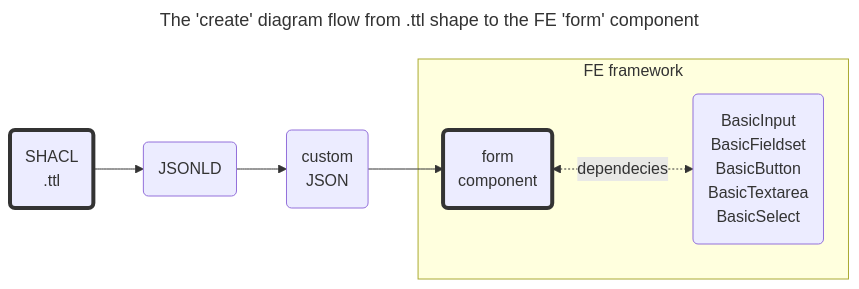
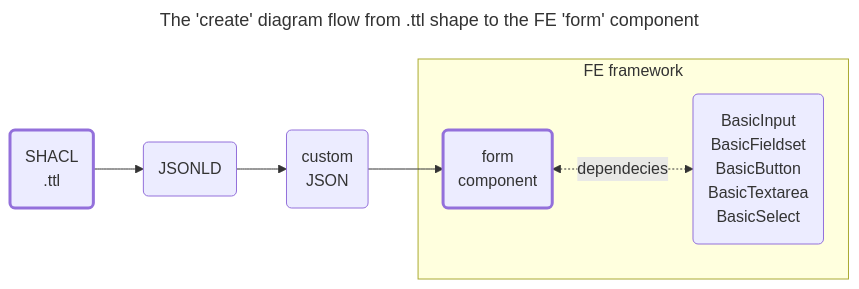
The diagram in README.md (SolidLabResearch/solid-sfef-cli), drawn with Mermaid before and after one commit.

Commit message:
readme.md > cosmetics on diagram

````diff
--- a/README.md
+++ b/README.md
@@ -36,18 +36,18 @@
 ```mermaid
 ---
 title: The 'create' diagram flow from .ttl shape to the FE 'form' component
 ---
 flowchart LR
     A(SHACL\n.ttl):::bold
     B(JSONLD)
     C(custom\nJSON)
     D(form\ncomponent):::bold
     E(BasicInput\nBasicFieldset\nBasicButton\nBasicTextarea\nBasicSelect)
     A --> B
     B --> C
     C --> D
     subgraph DE[FE framework]
         D <-. dependecies .-> E
     end
-    classDef bold stroke:#333,stroke-width:4px
+    classDef bold stroke-width:3px
 ```
````
